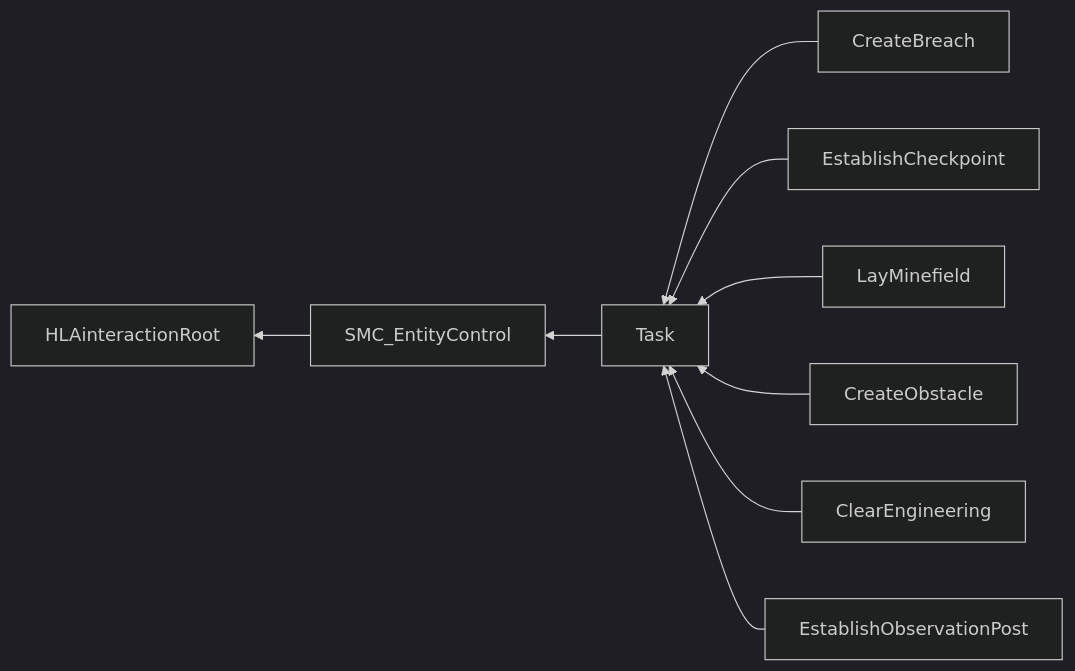
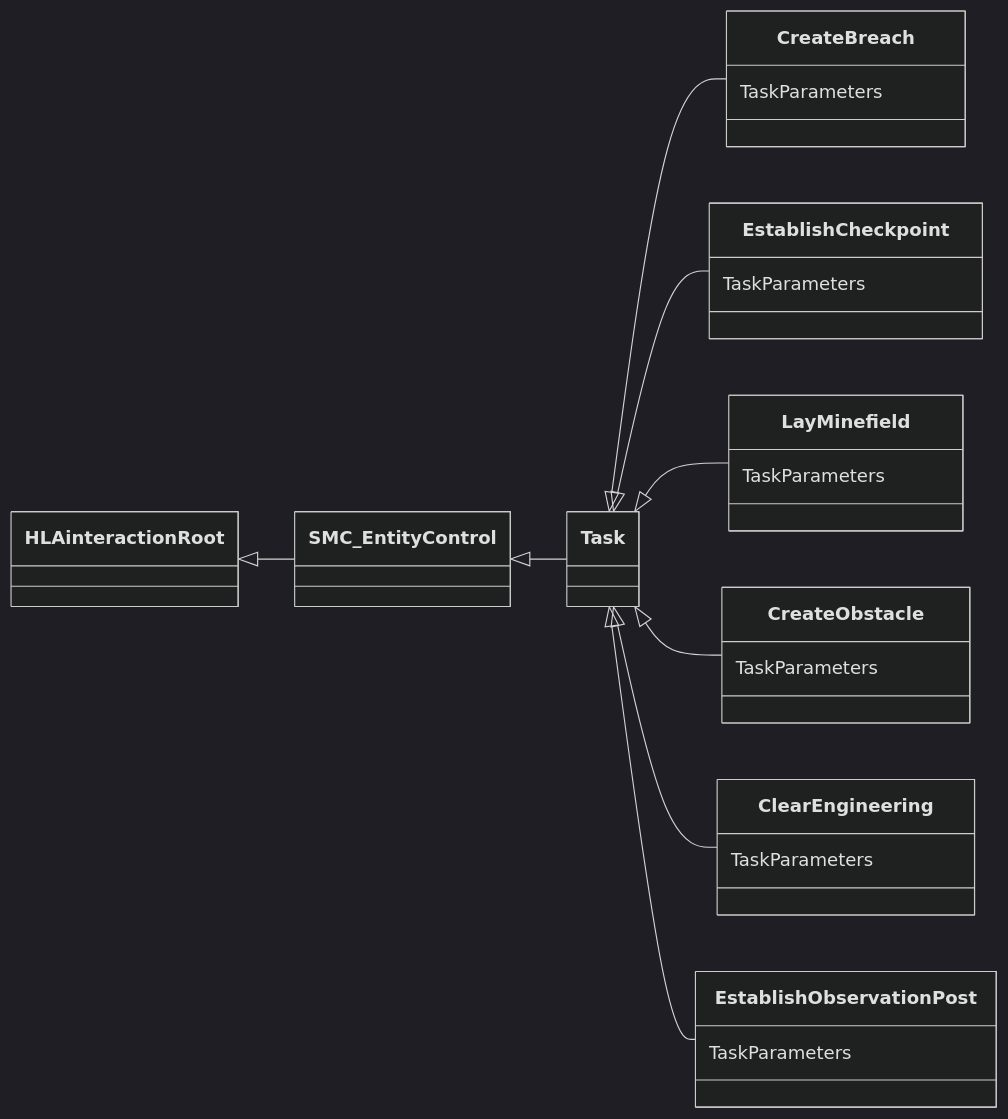
The second of 2 diagrams in NETN-SE.md (AMSP-04/NETN-SE), drawn with Mermaid (dark theme) before and after one commit. The commit also changed other lines of this file and 1 other file, not shown here.

````diff
--- a/NETN-SE.md
+++ b/NETN-SE.md
@@ -86,11 +129,18 @@
 ```mermaid
-graph RL
-SMC_EntityControl-->HLAinteractionRoot
-Task-->SMC_EntityControl
-CreateBreach-->Task
-EstablishCheckpoint-->Task
-LayMinefield-->Task
-CreateObstacle-->Task
-ClearEngineering-->Task
-EstablishObservationPost-->Task
+classDiagram 
+direction LR
+HLAinteractionRoot <|-- SMC_EntityControl
+SMC_EntityControl <|-- Task
+Task <|-- CreateBreach
+Task <|-- EstablishCheckpoint
+Task <|-- LayMinefield
+Task <|-- CreateObstacle
+Task <|-- ClearEngineering
+Task <|-- EstablishObservationPost
+CreateBreach : TaskParameters
+EstablishCheckpoint : TaskParameters
+LayMinefield : TaskParameters
+CreateObstacle : TaskParameters
+ClearEngineering : TaskParameters
+EstablishObservationPost : TaskParameters
 ```
````
